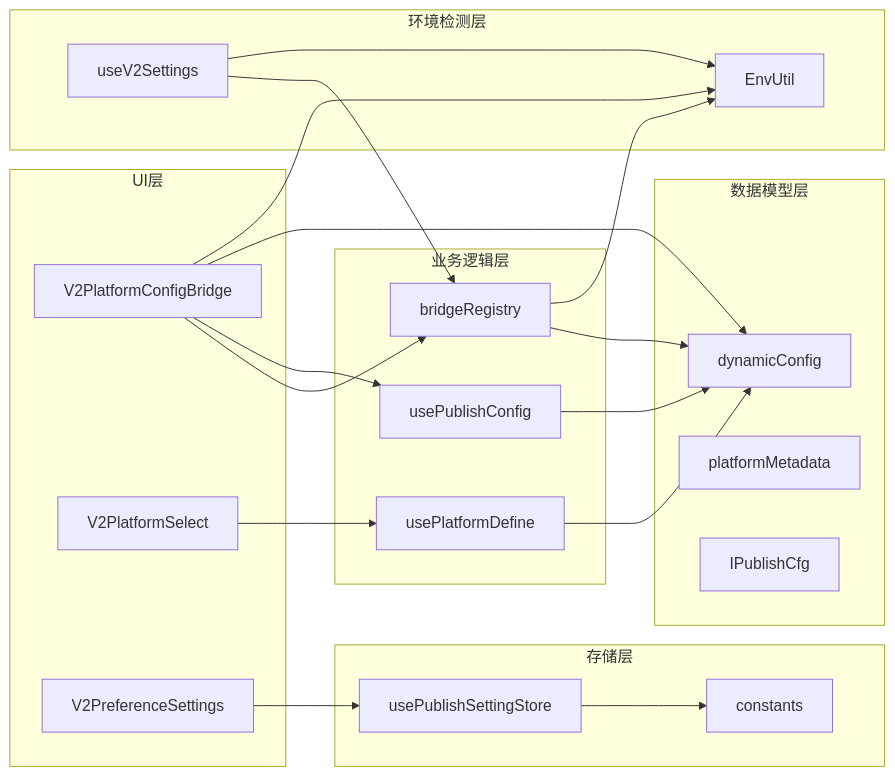
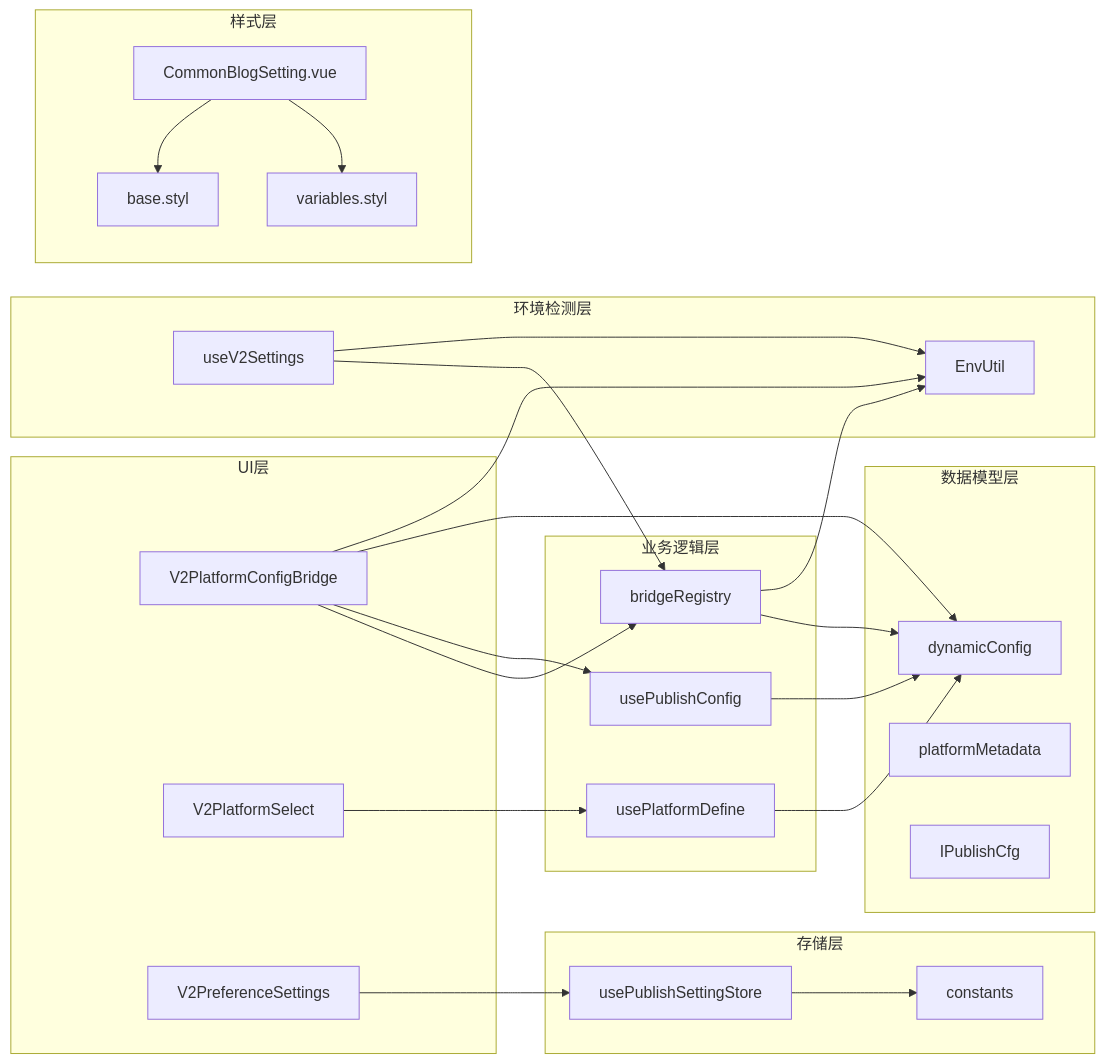
The sixth of 7 diagrams in .qoder/repowiki/zh/content/V2 平台配置桥组件.md (terwer/siyuan-plugin-publisher), drawn with Mermaid before and after one commit. The commit also changed other lines of this file and 25 other files, not shown here.

````diff
--- a/.qoder/repowiki/zh/content/V2 平台配置桥组件.md
+++ b/.qoder/repowiki/zh/content/V2 平台配置桥组件.md
@@ -348,39 +460,46 @@
 ```mermaid
 graph LR
 subgraph "UI层"
 A[V2PlatformConfigBridge]
 B[V2PlatformSelect]
 C[V2PreferenceSettings]
 end
 subgraph "业务逻辑层"
 D[bridgeRegistry]
 E[usePublishConfig]
 F[usePlatformDefine]
 end
 subgraph "数据模型层"
 G[dynamicConfig]
 H[platformMetadata]
 I[IPublishCfg]
 end
 subgraph "存储层"
 J[usePublishSettingStore]
 K[constants]
 end
 subgraph "环境检测层"
 L[EnvUtil]
 M[useV2Settings]
 end
+subgraph "样式层"
+N[base.styl]
+O[variables.styl]
+P[CommonBlogSetting.vue]
+end
 A --> D
 A --> E
 A --> G
 A --> L
 B --> F
 C --> J
 D --> G
 D --> L
 E --> G
 F --> G
 J --> K
 M --> D
 M --> L
+P --> N
+P --> O
 ```
````
